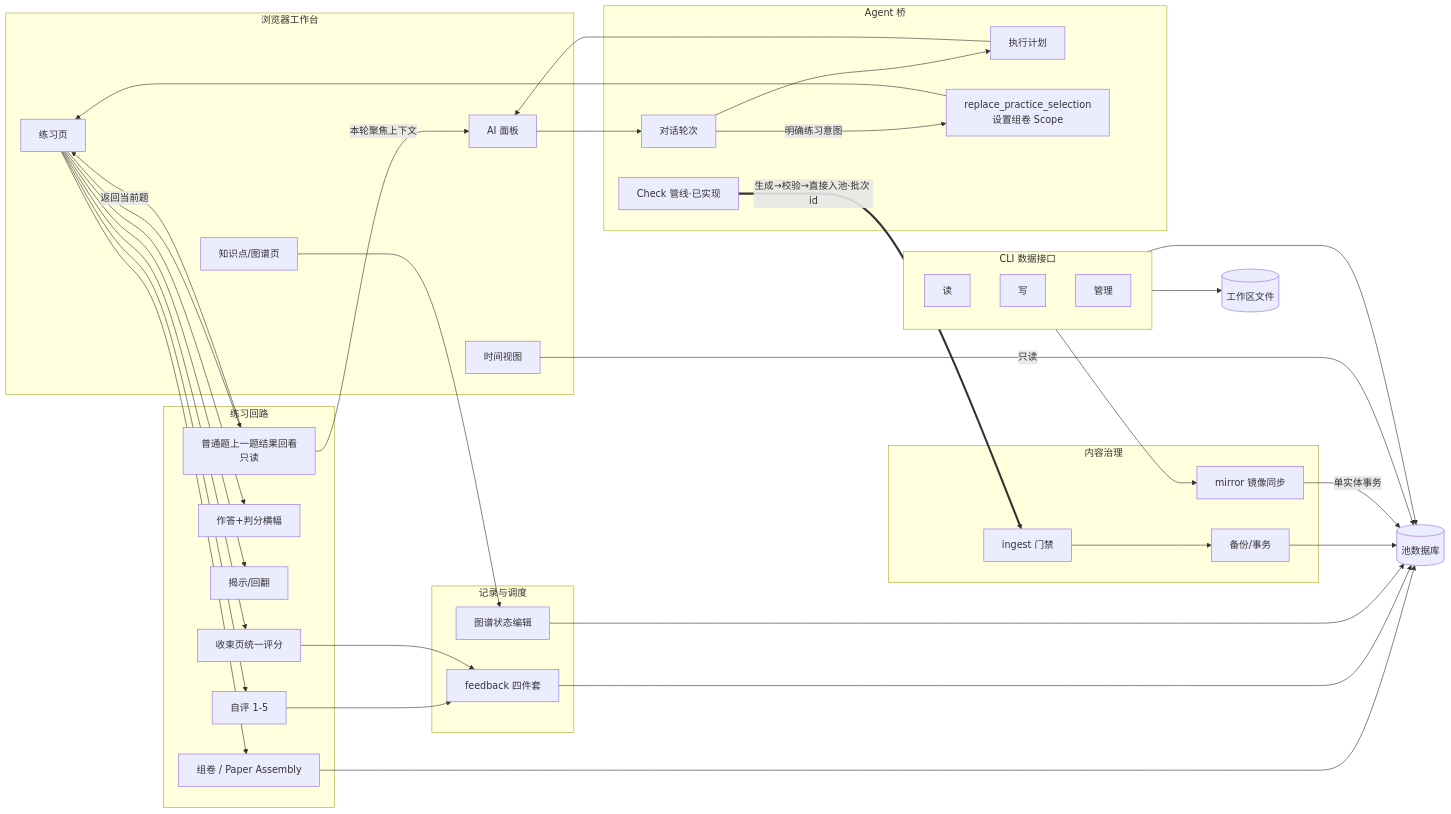
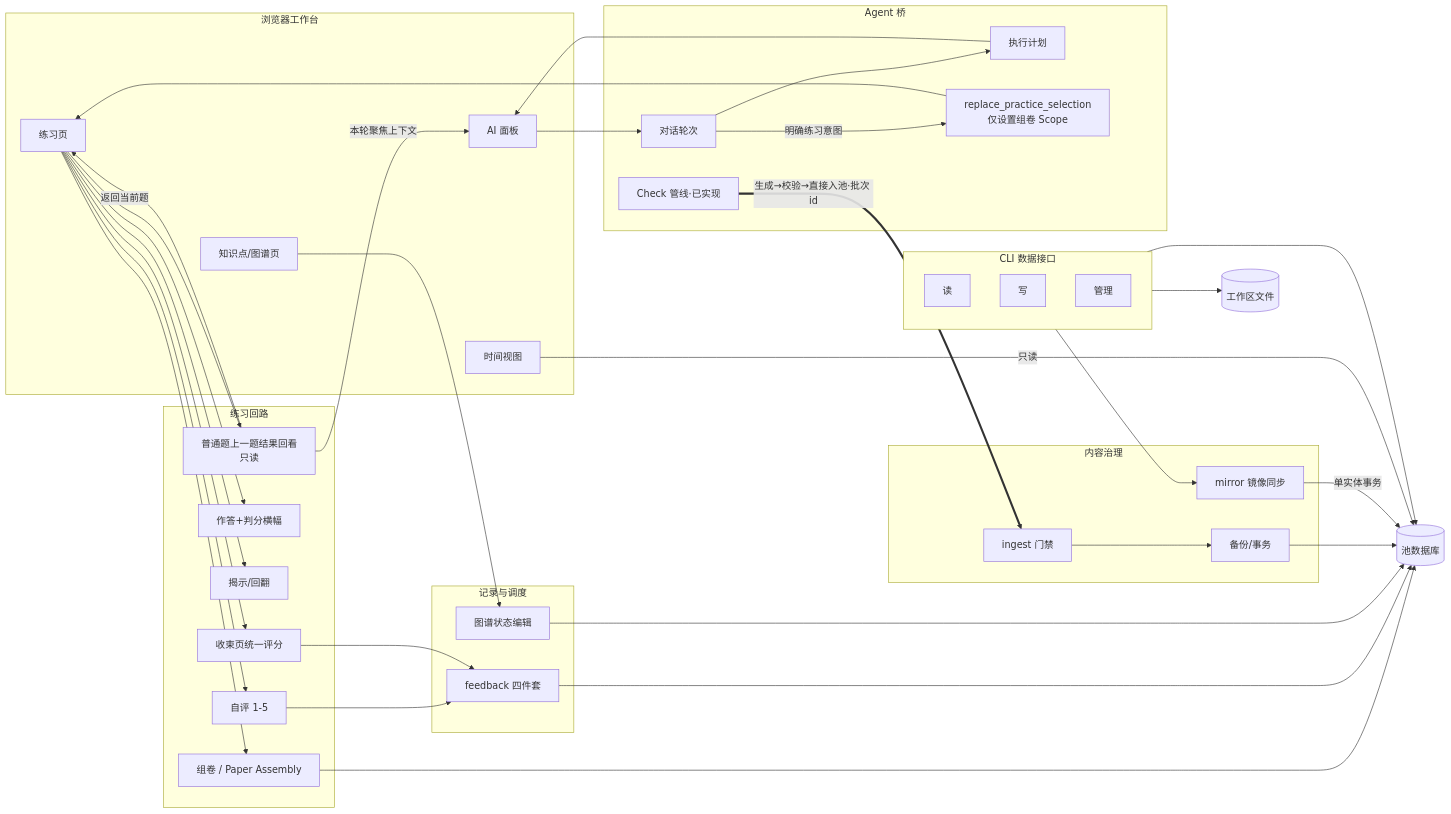
One commit to Amazinnn/Lesson-Kit changed the diagram in docs/ACTION-GRAPH.md. Above: the diagram before and after it, drawn with Mermaid. The commit also changed other lines of this file and 5 other files, not shown here.

````diff
--- a/docs/ACTION-GRAPH.md
+++ b/docs/ACTION-GRAPH.md
@@ -39,53 +39,53 @@
 ```mermaid
 flowchart LR
   subgraph UI[浏览器工作台]
     P[练习页]
     K[知识点/图谱页]
     T[时间视图]
     A[AI 面板]
   end
   subgraph LOOP[练习回路]
     PAPER[组卷 / Paper Assembly]
     ANS[作答+判分横幅]
     REV[揭示/回翻]
     PREV[普通题上一题结果回看<br/>只读]
     RATE[自评 1-5]
     END[收束页统一评分]
   end
   subgraph REC[记录与调度]
     FB[feedback 四件套]
     GSTATE[图谱状态编辑]
   end
   subgraph GOV[内容治理]
     ING[ingest 门禁]
     BK[备份/事务]
     MIR[mirror 镜像同步]
   end
   subgraph BR[Agent 桥]
     CONV[对话轮次]
     PLAN[执行计划]
-    SCOPE[replace_practice_selection<br/>设置组卷 Scope]
+    SCOPE[replace_practice_selection<br/>仅设置组卷 Scope]
     CHK[Check 管线·已实现]
   end
   subgraph CLI[CLI 数据接口]
     Q[读]
     W[写]
     ADM[管理]
   end
   DB[(池数据库)]
   FS[(工作区文件)]
 
   P --> PAPER & ANS & REV & PREV & RATE & END
   PREV -->|返回当前题| P
   PREV -->|本轮聚焦上下文| A
   PAPER --> DB
   RATE & END --> FB --> DB
   K --> GSTATE --> DB
   A --> CONV
   CONV --> PLAN --> A
   CONV -->|明确练习意图| SCOPE --> P
   CHK ==>|生成→校验→直接入池·批次 id| ING --> BK --> DB
   CLI --> MIR -->|单实体事务| DB
   CLI --> DB & FS
   T -->|只读| DB
 ```
````
